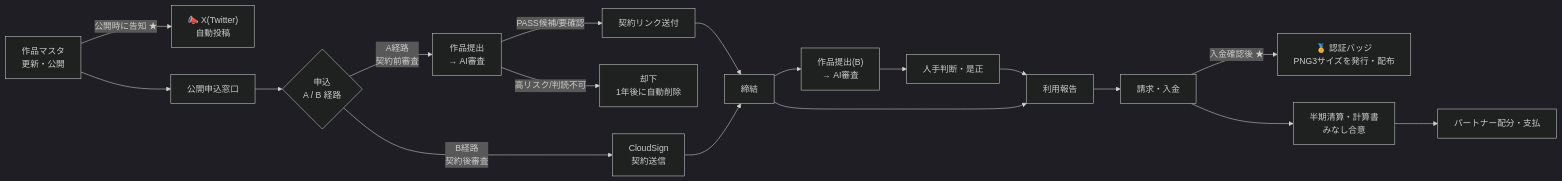
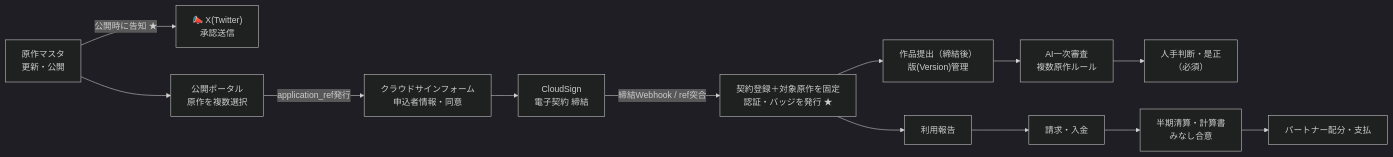
Before and after one commit to tatsuyakuramchi/SPLL: the first of 8 diagrams in docs/SPLL_業務フロー確認資料_v0.1.md, drawn with Mermaid (dark theme). The commit also changed other lines of this file and 3 other files, not shown here.

````diff
--- a/docs/SPLL_業務フロー確認資料_v0.1.md
+++ b/docs/SPLL_業務フロー確認資料_v0.1.md
@@ -45,20 +50,15 @@
 ```mermaid
 flowchart LR
-  M["作品マスタ<br/>更新・公開"] -->|"公開時に告知 ★"| X["📣 X(Twitter)<br/>自動投稿"]
-  M --> W["公開申込窓口"]
-  W --> AP{"申込<br/>A / B 経路"}
-  AP -->|"A経路<br/>契約前審査"| PRE["作品提出<br/>→ AI審査"]
-  AP -->|"B経路<br/>契約後審査"| SEND["CloudSign<br/>契約送信"]
-  PRE -->|"PASS候補/要確認"| LINK["契約リンク送付"]
-  PRE -->|"高リスク/判読不可"| REJ["却下<br/>1年後に自動削除"]
-  LINK --> SIGN["締結"]
-  SEND --> SIGN
-  SIGN --> SUB["作品提出(B)<br/>→ AI審査"]
-  SUB --> HUMAN["人手判断・是正"]
-  SIGN --> REP["利用報告"]
-  HUMAN --> REP
+  M["原作マスタ<br/>更新・公開"] -->|"公開時に告知 ★"| X["📣 X(Twitter)<br/>承認送信"]
+  M --> W["公開ポータル<br/>原作を複数選択"]
+  W -->|"application_ref発行"| FORM["クラウドサインフォーム<br/>申込者情報・同意"]
+  FORM --> SIGN["CloudSign<br/>電子契約 締結"]
+  SIGN -->|"締結Webhook / ref突合"| CTR["契約登録＋対象原作を固定<br/>認証・バッジを発行 ★"]
+  CTR --> SUB["作品提出（締結後）<br/>版(Version)管理"]
+  SUB --> AI["AI一次審査<br/>複数原作ルール"]
+  AI --> HUMAN["人手判断・是正<br/>（必須）"]
+  CTR --> REP["利用報告"]
   REP --> INV["請求・入金"]
-  INV -->|"入金確認後 ★"| BADGE["🏅 認証バッジ<br/>PNG3サイズを発行・配布"]
   INV --> STL["半期清算・計算書<br/>みなし合意"]
   STL --> PAY["パートナー配分・支払"]
 ```
````
